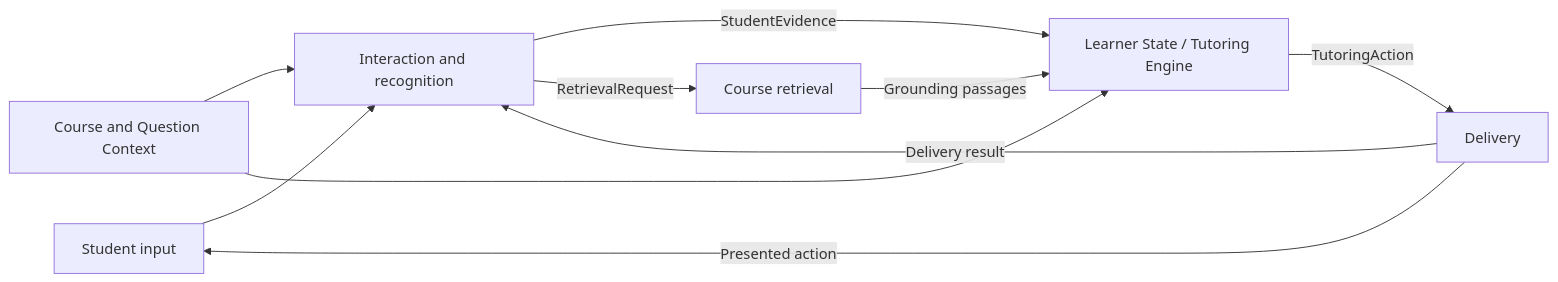
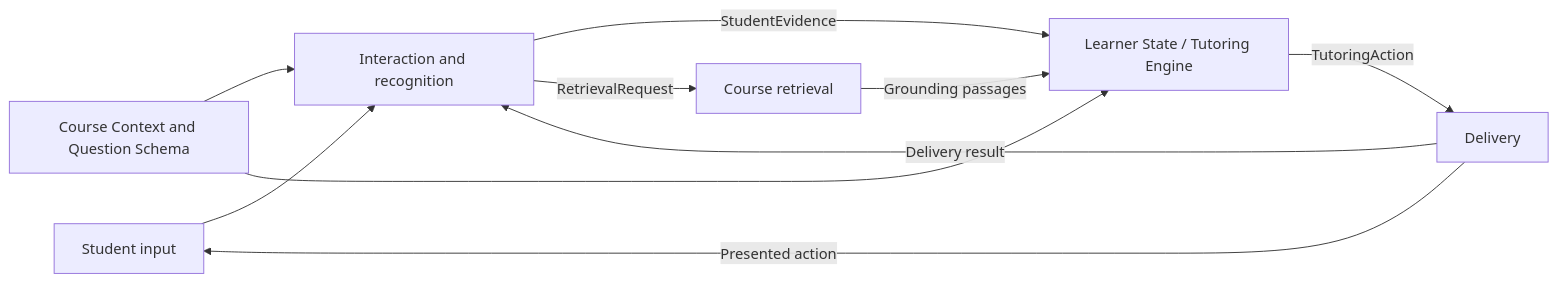
Before and after one commit to digital-professor-lab/digital-professor: the diagram in specs/README.md, drawn with Mermaid. The commit also changed other lines of this file and 16 other files, not shown here.

Commit message:
Course-Context specs added

````diff
--- a/specs/README.md
+++ b/specs/README.md
@@ -72,12 +72,12 @@
 ```mermaid
 flowchart LR
     A[Student input] --> B[Interaction and recognition]
     B -->|StudentEvidence| C[Learner State / Tutoring Engine]
     B -->|RetrievalRequest| D[Course retrieval]
-    E[Course and Question Context] --> B
+    E[Course Context and Question Schema] --> B
     E --> C
     D -->|Grounding passages| C
     C -->|TutoringAction| F[Delivery]
     F -->|Presented action| A
     F -->|Delivery result| B
 ```
````
